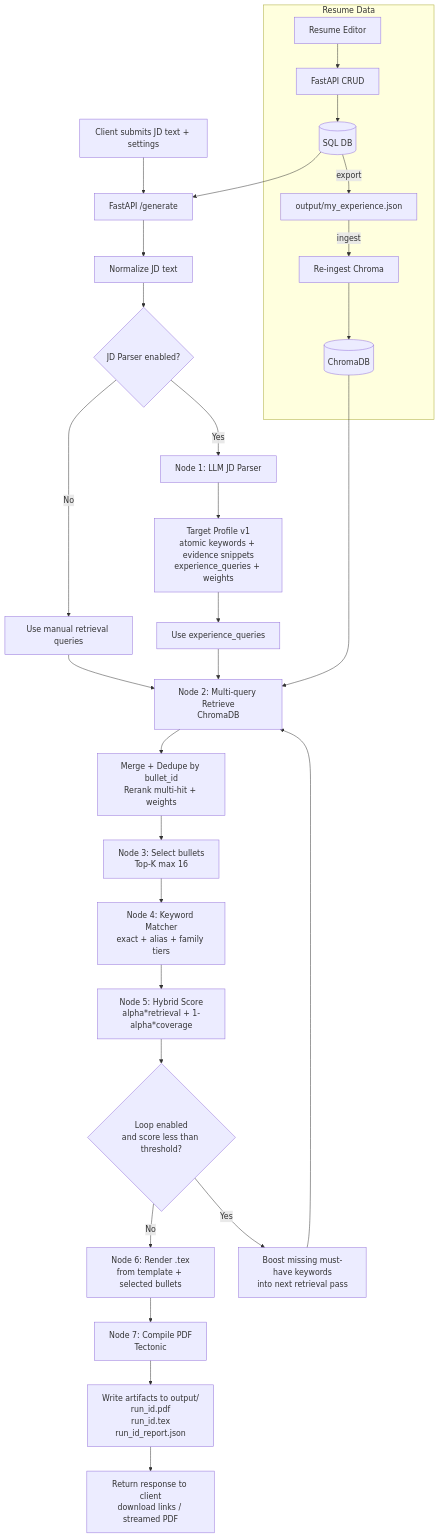
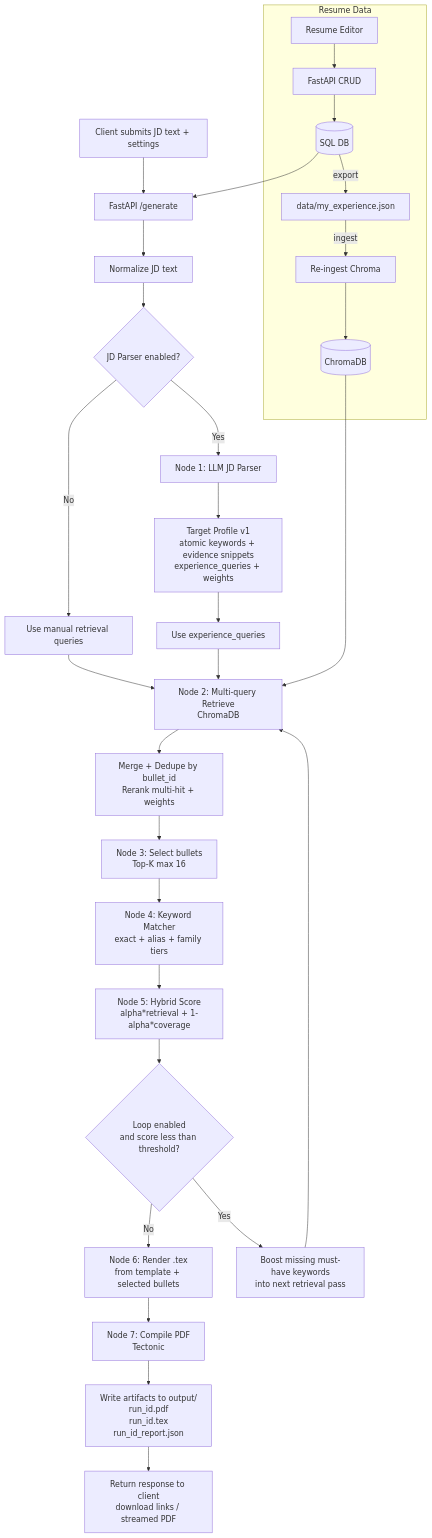
The diagram in README.md (pinkpig777/agentic-resume-tailor), drawn with Mermaid before and after one commit. The commit also changed other lines of this file, not shown here.

Commit message:
docs: align export path and auto-ingest option

````diff
--- a/README.md
+++ b/README.md
@@ -363,39 +364,39 @@
 ```mermaid
 flowchart TD
   subgraph Resume_Data[Resume Data]
     UI[Resume Editor] --> CRUD[FastAPI CRUD]
     CRUD --> DB[(SQL DB)]
-    DB -->|export| JSON[output/my_experience.json]
+    DB -->|export| JSON[data/my_experience.json]
     JSON -->|ingest| INGEST[Re-ingest Chroma]
     INGEST --> CHROMA[(ChromaDB)]
   end
 
   A[Client submits JD text + settings] --> B[FastAPI /generate]
   DB --> B
   B --> C[Normalize JD text]
 
   C --> D{JD Parser enabled?}
   D -- No --> Q0[Use manual retrieval queries]
   D -- Yes --> E[Node 1: LLM JD Parser]
   E --> E1[Target Profile v1<br/>atomic keywords + evidence snippets<br/>experience_queries + weights]
   E1 --> Q1[Use experience_queries]
 
   Q0 --> F[Node 2: Multi-query Retrieve<br/>ChromaDB]
   Q1 --> F
 
   F --> G[Merge + Dedupe by bullet_id<br/>Rerank multi-hit + weights]
   G --> H[Node 3: Select bullets<br/>Top-K max 16]
   H --> I[Node 4: Keyword Matcher<br/>exact + alias + family tiers]
   I --> J[Node 5: Hybrid Score<br/>alpha*retrieval + 1-alpha*coverage]
 
   J --> K{Loop enabled<br/>and score less than threshold?}
   K -- No --> L[Node 6: Render .tex<br/>from template + selected bullets]
   K -- Yes --> M[Boost missing must-have keywords<br/>into next retrieval pass]
   M --> F
 
   L --> N[Node 7: Compile PDF<br/>Tectonic]
   N --> O[Write artifacts to output/<br/>run_id.pdf<br/>run_id.tex<br/>run_id_report.json]
   O --> P[Return response to client<br/>download links / streamed PDF]
 
   CHROMA --> F
 ```
````
